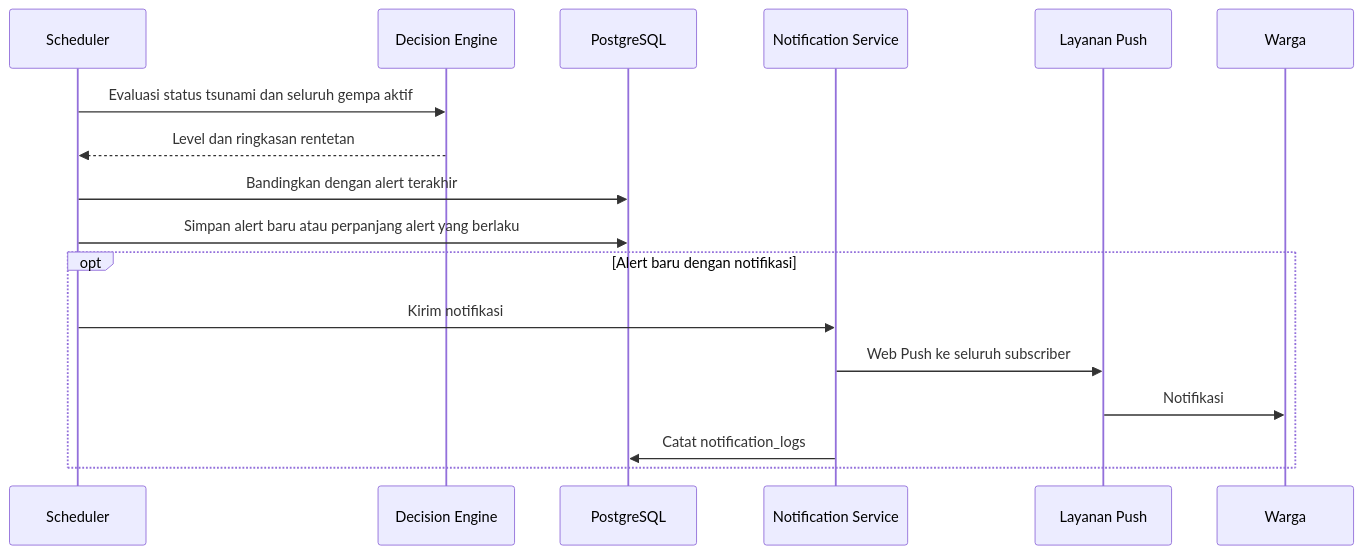
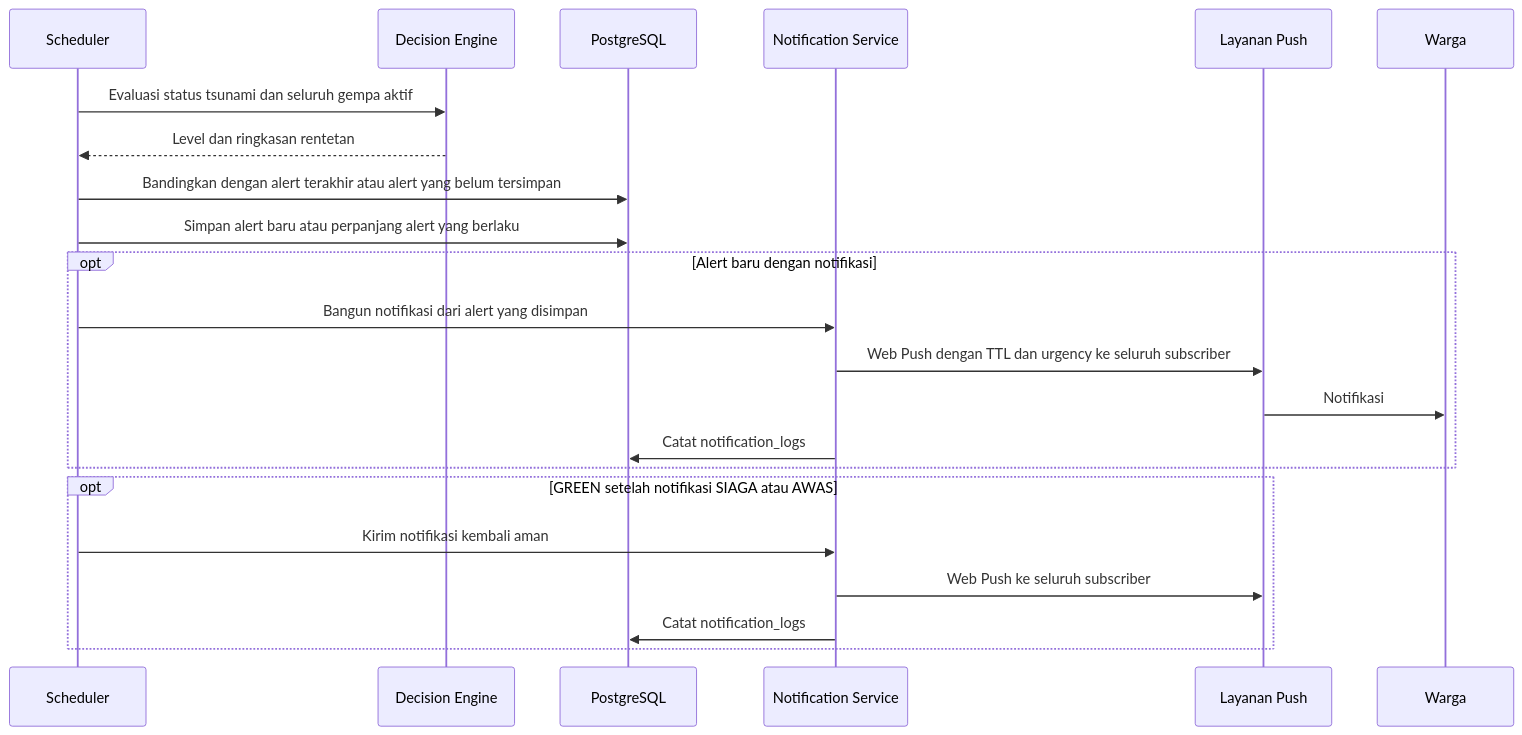
The diagram in docs/architecture/07_integration_architecture.md (Vextronode/sigap_app), drawn with Mermaid before and after one commit. The commit also changed other lines of this file and 15 other files, not shown here.

First line of the commit message:
feat(notification): konsistensi isi dan pengiriman notifikasi push (TK-06) (#121)

````diff
--- a/docs/architecture/07_integration_architecture.md
+++ b/docs/architecture/07_integration_architecture.md
@@ -17,20 +17,25 @@
 ```mermaid
 sequenceDiagram
     participant S as Scheduler
     participant E as Decision Engine
     participant DB as PostgreSQL
     participant N as Notification Service
     participant P as Layanan Push
     participant W as Warga
 
     S->>E: Evaluasi status tsunami dan seluruh gempa aktif
     E-->>S: Level dan ringkasan rentetan
-    S->>DB: Bandingkan dengan alert terakhir
+    S->>DB: Bandingkan dengan alert terakhir atau alert yang belum tersimpan
     S->>DB: Simpan alert baru atau perpanjang alert yang berlaku
     opt Alert baru dengan notifikasi
-        S->>N: Kirim notifikasi
-        N->>P: Web Push ke seluruh subscriber
+        S->>N: Bangun notifikasi dari alert yang disimpan
+        N->>P: Web Push dengan TTL dan urgency ke seluruh subscriber
         P->>W: Notifikasi
         N->>DB: Catat notification_logs
     end
+    opt GREEN setelah notifikasi SIAGA atau AWAS
+        S->>N: Kirim notifikasi kembali aman
+        N->>P: Web Push ke seluruh subscriber
+        N->>DB: Catat notification_logs
+    end
 ```
````
